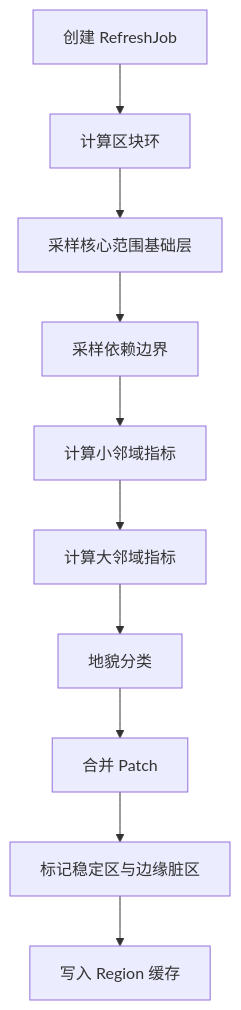
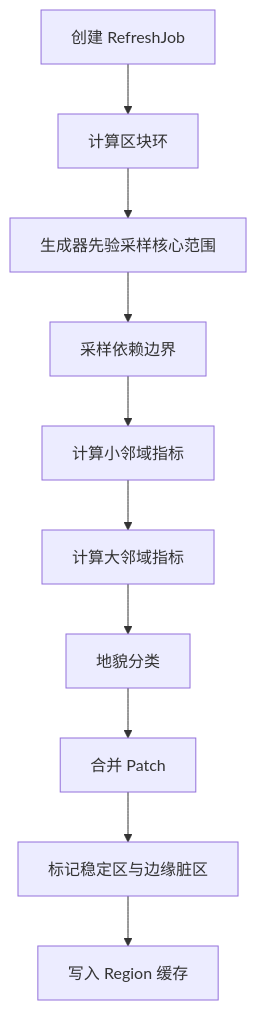
The diagram in docs/systems/gis/10_product/功能设计/半径刷新与Atlas构建.md (RinsingEL/designer_territoryMod), drawn with Mermaid before and after one commit. The commit also changed other lines of this file and 18 other files, not shown here.

````diff
--- a/docs/systems/gis/10_product/功能设计/半径刷新与Atlas构建.md
+++ b/docs/systems/gis/10_product/功能设计/半径刷新与Atlas构建.md
@@ -25,12 +28,12 @@
 ```mermaid
 flowchart TD
   A["创建 RefreshJob"] --> B["计算区块环"]
-  B --> C["采样核心范围基础层"]
+  B --> C["生成器先验采样核心范围"]
   C --> D["采样依赖边界"]
   D --> E["计算小邻域指标"]
   E --> F["计算大邻域指标"]
   F --> G["地貌分类"]
   G --> H["合并 Patch"]
   H --> I["标记稳定区与边缘脏区"]
   I --> J["写入 Region 缓存"]
 ```
````
